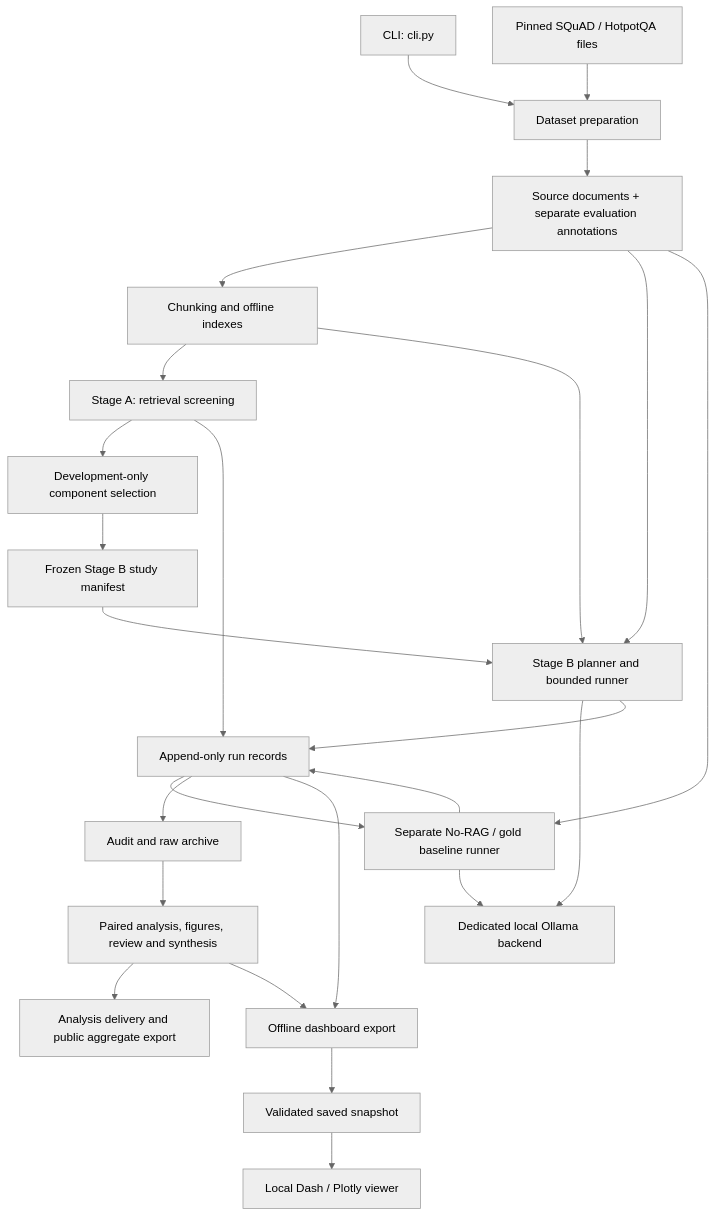
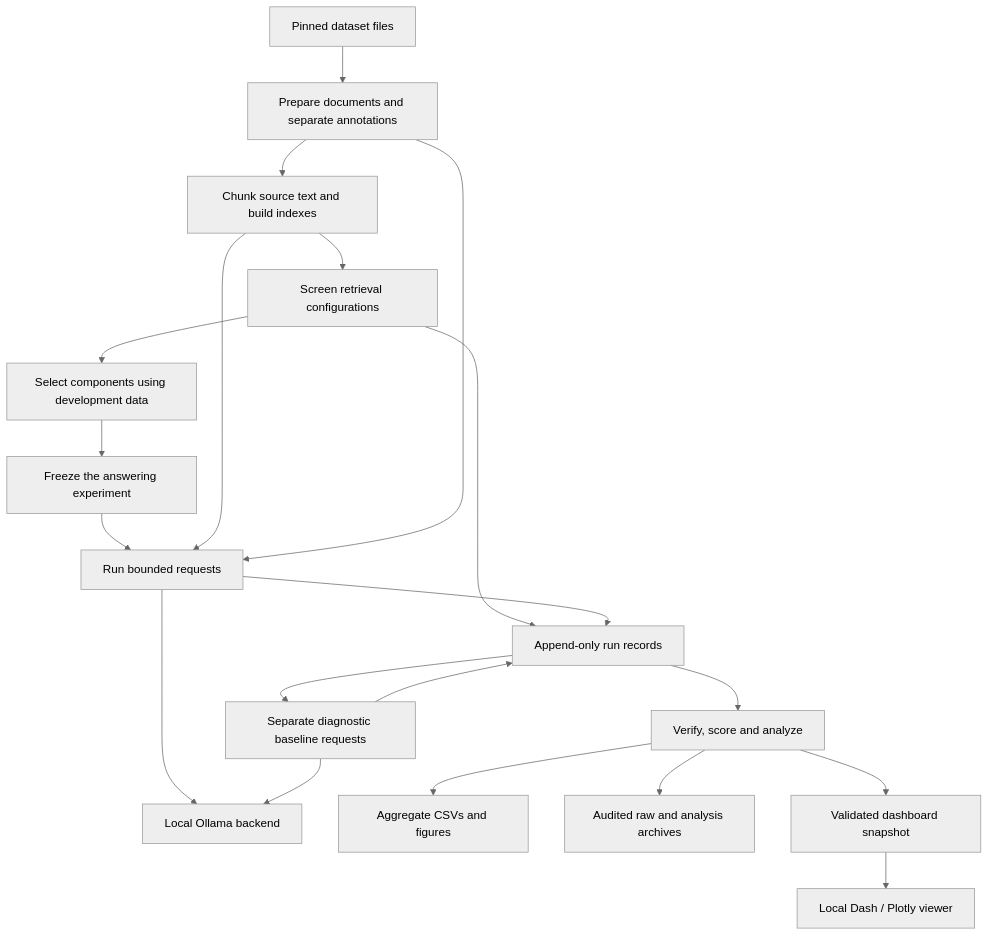
The first of 2 diagrams in ARCHITECTURE.md (shirin-manzari/ragbench-lab), drawn with Mermaid (neutral theme) before and after one commit. The commit also changed other lines of this file and 3 other files, not shown here.

````diff
--- a/ARCHITECTURE.md
+++ b/ARCHITECTURE.md
@@ -14,27 +10,22 @@
 ```mermaid
 flowchart TD
-    CLI["CLI: cli.py"] --> PREP["Dataset preparation"]
-    RAW["Pinned SQuAD / HotpotQA files"] --> PREP
-    PREP --> DATA["Source documents + separate evaluation annotations"]
-    DATA --> INDEX["Chunking and offline indexes"]
-    INDEX --> A["Stage A: retrieval screening"]
-    A --> SELECT["Development-only component selection"]
-    SELECT --> STUDY["Frozen Stage B study manifest"]
-    STUDY --> B["Stage B planner and bounded runner"]
-    INDEX --> B
-    DATA --> B
-    B --> GEN["Dedicated local Ollama backend"]
-    A --> STORE["Append-only run records"]
-    B --> STORE
-    STORE --> BASE["Separate No-RAG / gold baseline runner"]
-    DATA --> BASE
+    RAW["Pinned dataset files"] --> PREP["Prepare documents and separate annotations"]
+    PREP --> INDEX["Chunk source text and build indexes"]
+    INDEX --> SCREEN["Screen retrieval configurations"]
+    SCREEN --> SELECT["Select components using development data"]
+    SELECT --> STUDY["Freeze the answering experiment"]
+    STUDY --> RUN["Run bounded requests"]
+    INDEX --> RUN
+    PREP --> RUN
+    RUN --> GEN["Local Ollama backend"]
+    SCREEN --> STORE["Append-only run records"]
+    RUN --> STORE
+    STORE --> BASE["Separate diagnostic baseline requests"]
     BASE --> GEN
     BASE --> STORE
-    STORE --> ARCHIVE["Audit and raw archive"]
-    ARCHIVE --> ANALYSIS["Paired analysis, figures, review and synthesis"]
-    ANALYSIS --> DELIVERY["Analysis delivery and public aggregate export"]
-    STORE --> EXPORT["Offline dashboard export"]
-    ANALYSIS --> EXPORT
-    EXPORT --> SNAPSHOT["Validated saved snapshot"]
+    STORE --> ANALYSIS["Verify, score and analyze"]
+    ANALYSIS --> PUBLIC["Aggregate CSVs and figures"]
+    ANALYSIS --> ARCHIVE["Audited raw and analysis archives"]
+    ANALYSIS --> SNAPSHOT["Validated dashboard snapshot"]
     SNAPSHOT --> VIEWER["Local Dash / Plotly viewer"]
 ```
````
